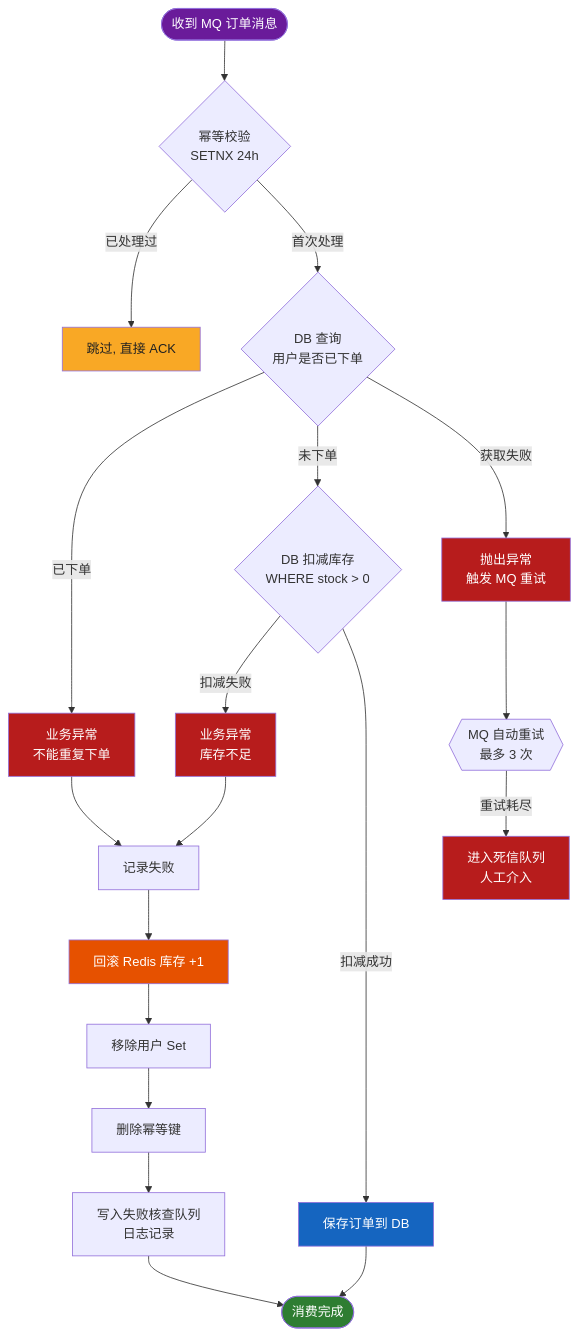
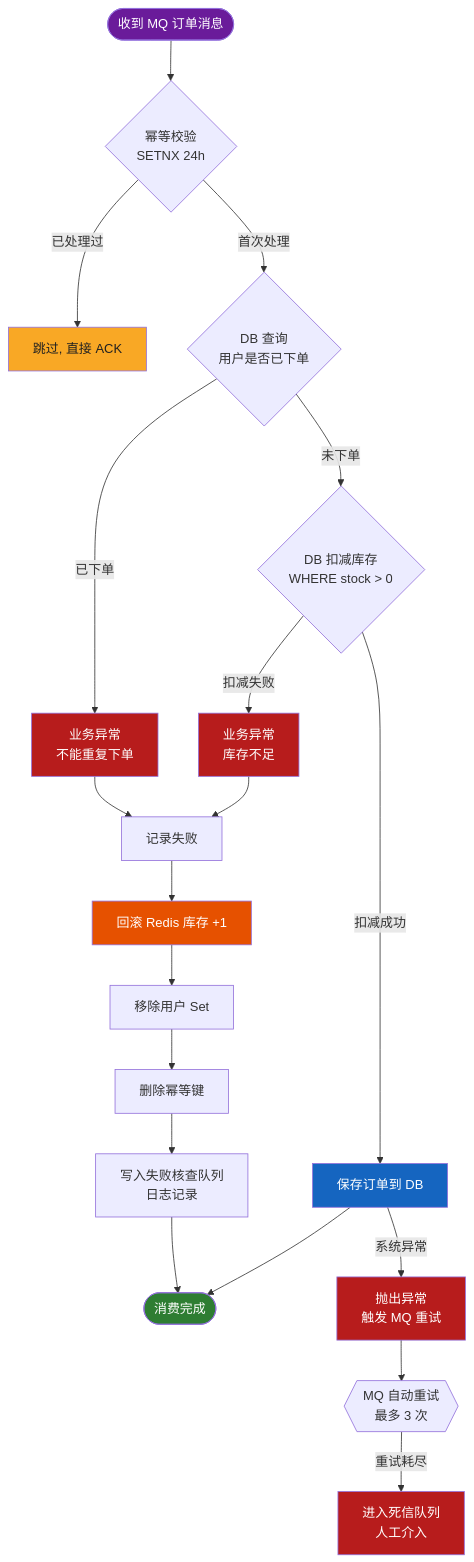
One commit to Shardkiht/FlashDeal changed the third of 3 diagrams in README.md. Above: the diagram before and after it, drawn with Mermaid. The commit also changed other lines of this file, not shown here.

First line of the commit message:
docs(readme): 修正流程图标签和注释说明

````diff
--- a/README.md
+++ b/README.md
@@ -174,35 +174,35 @@
 ```mermaid
 flowchart TD
     MSG([收到 MQ 订单消息]) --> IDEM{幂等校验<br/>SETNX 24h}
     IDEM -->|已处理过| SKIP[跳过, 直接 ACK]
     IDEM -->|首次处理| DBCHECK{DB 查询<br/>用户是否已下单}
 
     DBCHECK -->|已下单| BIZEX[业务异常<br/>不能重复下单]
     DBCHECK -->|未下单| DBSTOCK{DB 扣减库存<br/>WHERE stock > 0}
 
     DBSTOCK -->|扣减失败| BIZEX2[业务异常<br/>库存不足]
     DBSTOCK -->|扣减成功| SAVE[保存订单到 DB]
     SAVE --> DONE([消费完成])
 
     BIZEX --> RECORD[记录失败]
     BIZEX2 --> RECORD
     RECORD --> RBSTOCK[回滚 Redis 库存 +1]
     RBSTOCK --> RBUSER[移除用户 Set]
     RBUSER --> DELIDEM[删除幂等键]
     DELIDEM --> LOG[写入失败核查队列<br/>日志记录]
     LOG --> DONE
 
-    DBCHECK -->|获取失败| THROW1[抛出异常<br/>触发 MQ 重试]
+    SAVE -->|系统异常| THROW1[抛出异常<br/>触发 MQ 重试]
     THROW1 --> RETRY{{MQ 自动重试<br/>最多 3 次}}
     RETRY -->|重试耗尽| DLQ[进入死信队列<br/>人工介入]
 
     style MSG fill:#6a1b9a,color:#fff
     style DONE fill:#2e7d32,color:#fff
     style SKIP fill:#f9a825,color:#212121
     style BIZEX fill:#b71c1c,color:#fff
     style BIZEX2 fill:#b71c1c,color:#fff
     style THROW1 fill:#b71c1c,color:#fff
     style DLQ fill:#b71c1c,color:#fff
     style RBSTOCK fill:#e65100,color:#fff
     style SAVE fill:#1565c0,color:#fff
 ```
````
